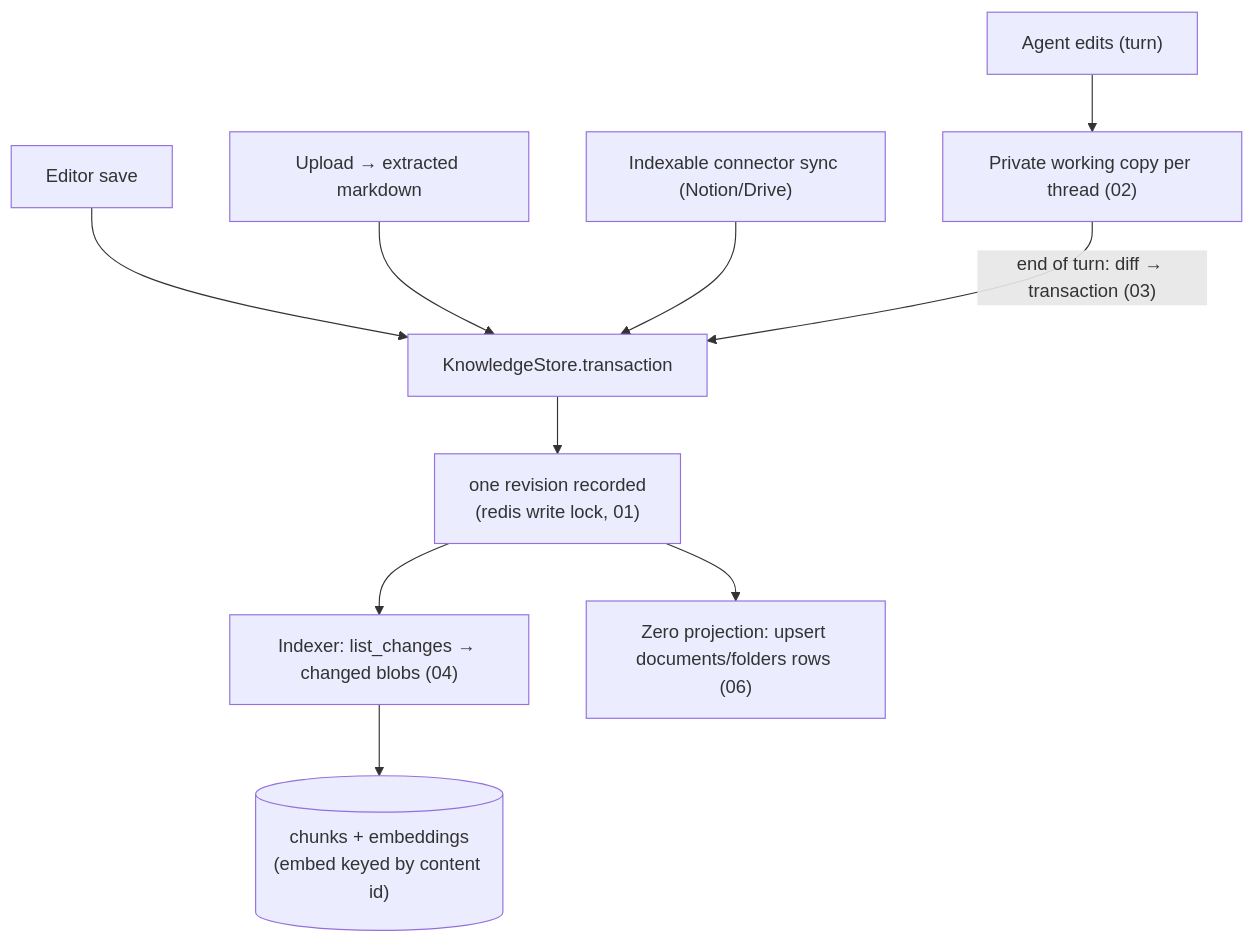
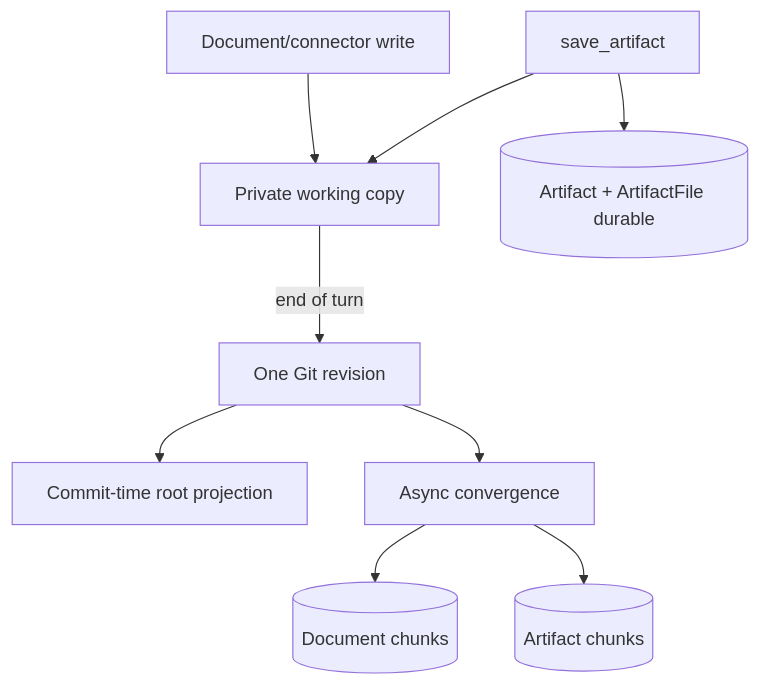
Before and after one commit to MODSetter/SurfSense: the second of 5 diagrams in plans/git-native-kb/00b-diagrams.md, drawn with Mermaid. The commit also changed other lines of this file and 4 other files, not shown here.

Commit message:
docs(git-native-kb): document dual-root artifact projection

````diff
--- a/plans/git-native-kb/00b-diagrams.md
+++ b/plans/git-native-kb/00b-diagrams.md
@@ -97,12 +22,11 @@
 ```mermaid
 flowchart TD
-  AG["Agent edits (turn)"] --> WC["Private working copy per thread (02)"]
-  ED["Editor save"] --> TXD["KnowledgeStore.transaction"]
-  UP["Upload → extracted markdown"] --> TXD
-  NOT["Indexable connector sync (Notion/Drive)"] --> TXD
-  WC -->|"end of turn: diff → transaction (03)"| TXD
-  TXD --> C["one revision recorded\n(redis write lock, 01)"]
-  C --> IDX["Indexer: list_changes → changed blobs (04)"]
-  IDX --> PG[("chunks + embeddings\n(embed keyed by content id)")]
-  C --> ZP["Zero projection: upsert documents/folders rows (06)"]
+  NOTE["Document/connector write"] --> WC["Private working copy"]
+  SAVE["save_artifact"] --> ADB[("Artifact + ArtifactFile durable")]
+  SAVE --> WC
+  WC -->|"end of turn"| COMMIT["One Git revision"]
+  COMMIT --> PROJECT["Commit-time root projection"]
+  COMMIT --> CONVERGE["Async convergence"]
+  CONVERGE --> DSEARCH[("Document chunks")]
+  CONVERGE --> ASEARCH[("Artifact chunks")]
 ```
````
